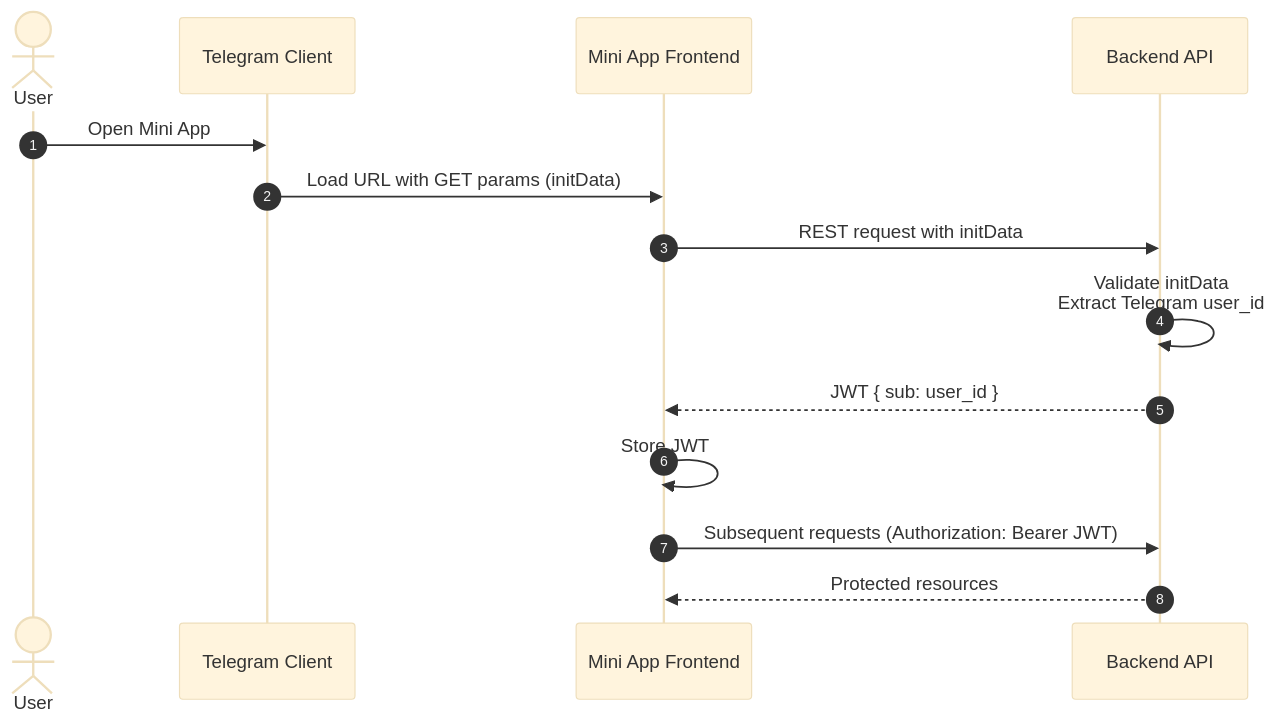
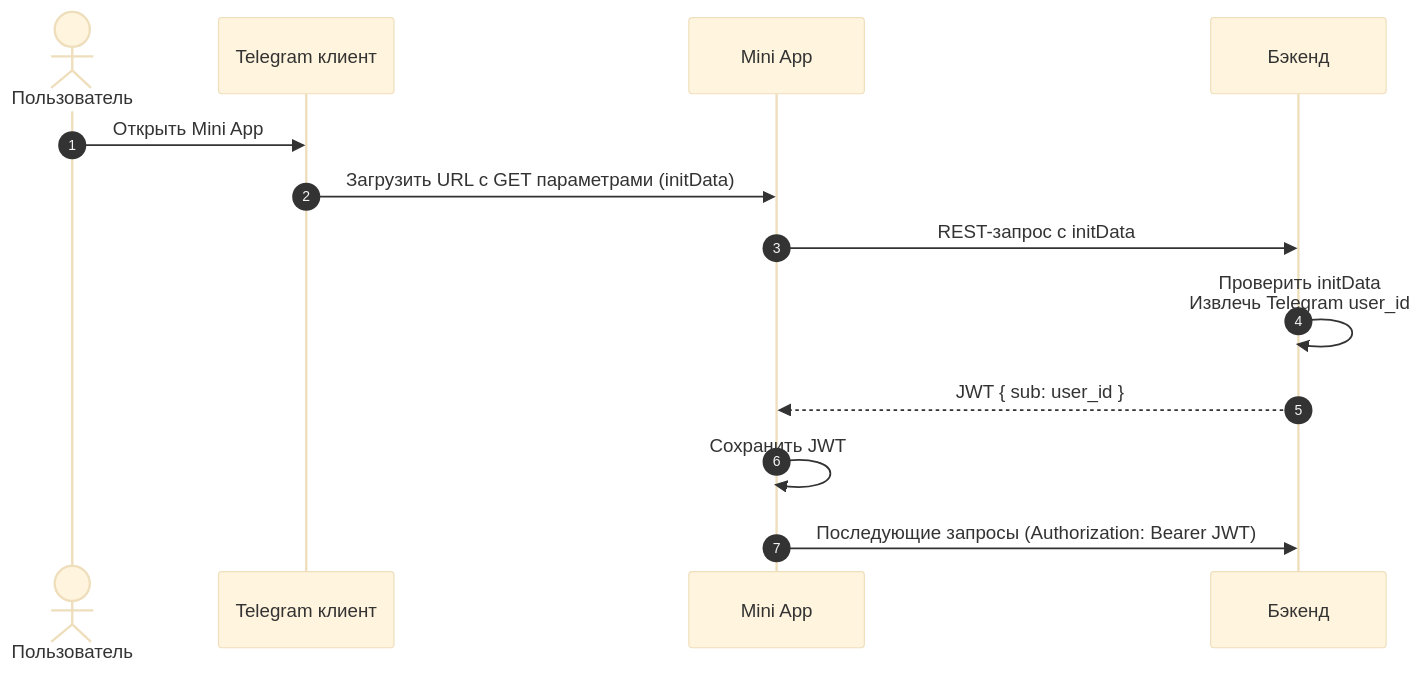
One commit to it-mentor-community-platform/meta changed the diagram in business-analytics/functionality/authentication-and-authorization.md. Above: the diagram before and after it, drawn with Mermaid (base theme). The commit also changed other lines of this file, not shown here.

Commit message:
business analytics: authentication and authorization - mermaid diagram translated to Russian; manual tests removed from business requirements

````diff
--- a/business-analytics/functionality/authentication-and-authorization.md
+++ b/business-analytics/functionality/authentication-and-authorization.md
@@ -21,17 +21,16 @@
 ```mermaid
 sequenceDiagram
 autonumber
-actor U as User
-participant T as Telegram Client
-participant F as Mini App Frontend
-participant B as Backend API
+actor U as Пользователь
+participant T as Telegram клиент
+participant F as Mini App
+participant B as Бэкенд
 
-U->>T: Open Mini App
-T->>F: Load URL with GET params (initData)
-F->>B: REST request with initData
-B->>B: Validate initData<br/>Extract Telegram user_id
+U->>T: Открыть Mini App
+T->>F: Загрузить URL с GET параметрами (initData)
+F->>B: REST-запрос с initData
+B->>B: Проверить initData<br/>Извлечь Telegram user_id
 B-->>F: JWT { sub: user_id }
-F->>F: Store JWT
-F->>B: Subsequent requests (Authorization: Bearer JWT)
-B-->>F: Protected resources
+F->>F: Сохранить JWT
+F->>B: Последующие запросы (Authorization: Bearer JWT)
 ```
````
